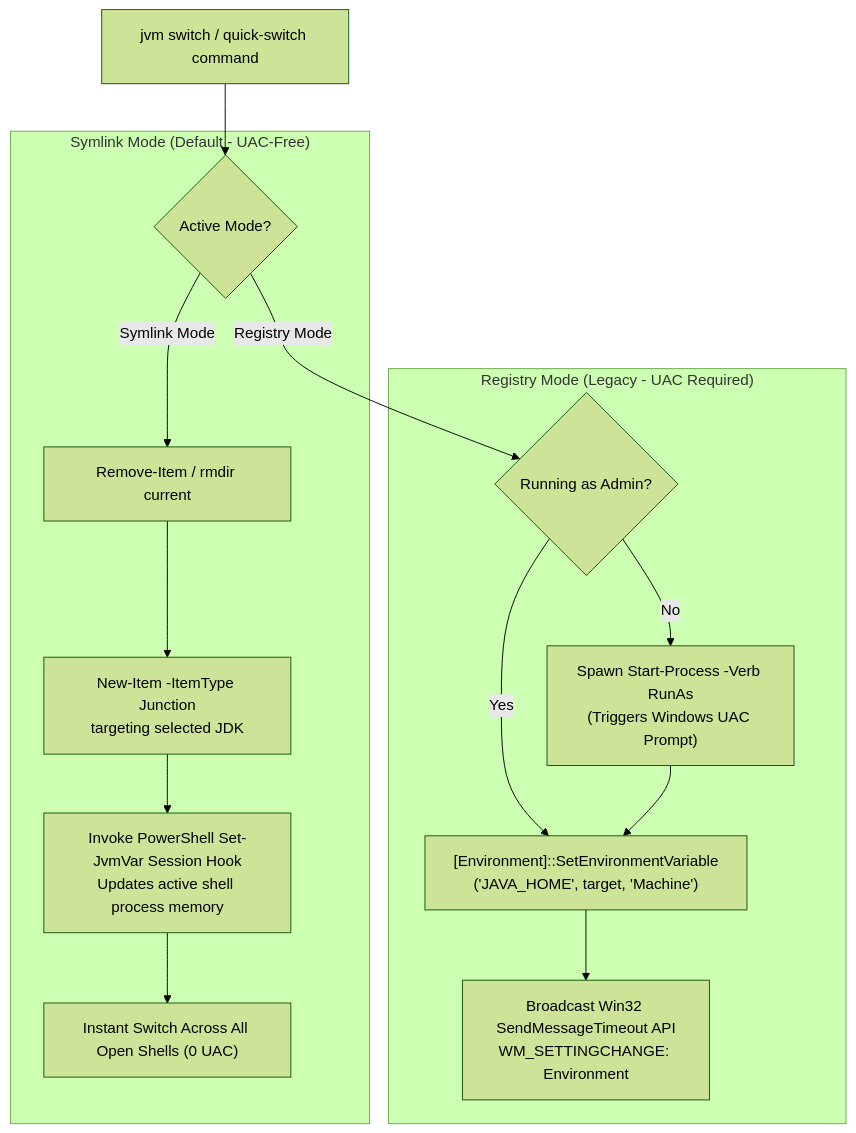
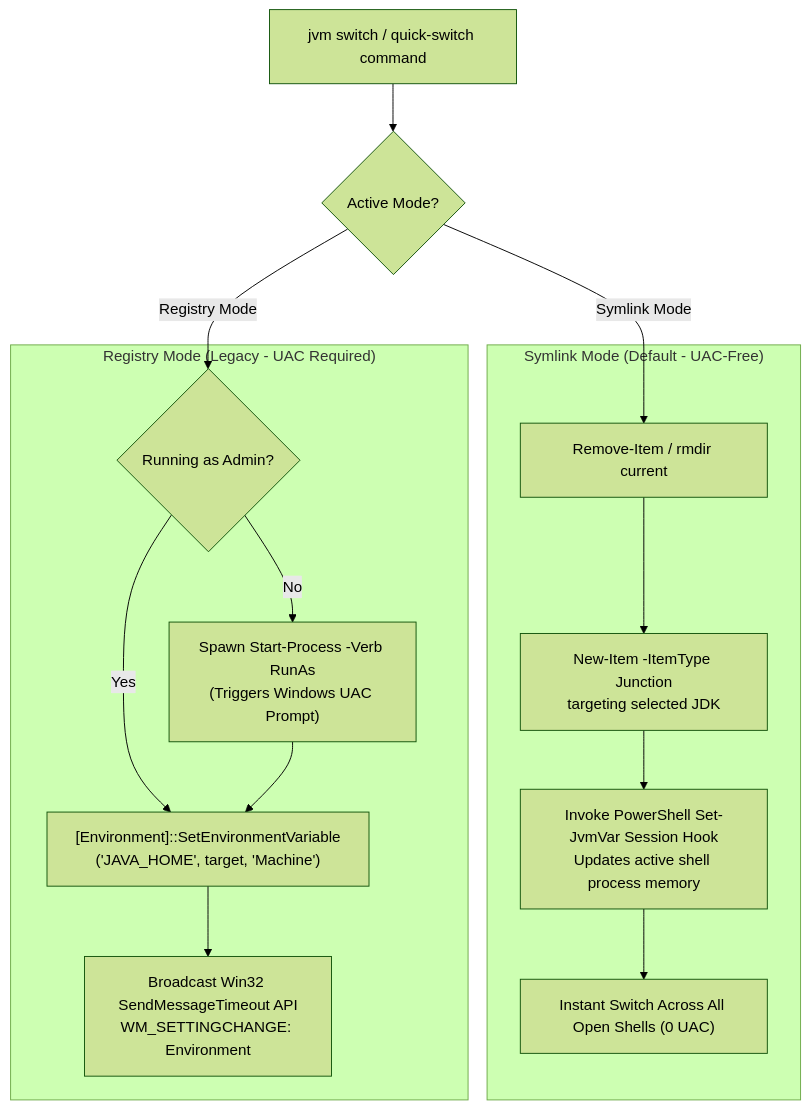
The second of 3 diagrams in docs/ARCHITECTURE.md (DiamTek/Java-Version-Manager-Windows), drawn with Mermaid (forest theme) before and after one commit. The commit also changed 2 other files, not shown here.

Commit message:
docs: fix architecture Mermaid clipping and bump build to 20260911.91
- Fix ModeCheck layout hierarchy in architecture flowchart to eliminate subgraph title overlap
- Enhance GitHub Pages with tab favicon, smooth scrolling, and 1-click code copying
- Bump JVM_BUILD to 20260911.91

````diff
--- a/docs/ARCHITECTURE.md
+++ b/docs/ARCHITECTURE.md
@@ -59,19 +59,21 @@
 ```mermaid
 flowchart TD
     Command["jvm switch / quick-switch command"] --> ModeCheck{"Active Mode?"}
     
+    ModeCheck -->|Symlink Mode| TearDown
+    ModeCheck -->|Registry Mode| CheckAdmin
+
     subgraph SymlinkMode["Symlink Mode (Default - UAC-Free)"]
-        ModeCheck -->|Symlink Mode| TearDown["Remove-Item / rmdir current"]
-        TearDown --> CreateJunction["New-Item -ItemType Junction<br/>targeting selected JDK"]
+        TearDown["Remove-Item / rmdir current"] --> CreateJunction["New-Item -ItemType Junction<br/>targeting selected JDK"]
         CreateJunction --> UpdateProfile["Invoke PowerShell Set-JvmVar Session Hook<br/>Updates active shell process memory"]
         UpdateProfile --> InstantSuccess["Instant Switch Across All Open Shells (0 UAC)"]
     end
     
     subgraph RegistryMode["Registry Mode (Legacy - UAC Required)"]
-        ModeCheck -->|Registry Mode| CheckAdmin{"Running as Admin?"}
+        CheckAdmin{"Running as Admin?"}
         CheckAdmin -->|Yes| WriteHKLM["[Environment]::SetEnvironmentVariable<br/>('JAVA_HOME', target, 'Machine')"]
         CheckAdmin -->|No| Elevate["Spawn Start-Process -Verb RunAs<br/>(Triggers Windows UAC Prompt)"]
         Elevate --> WriteHKLM
         WriteHKLM --> Broadcast["Broadcast Win32 SendMessageTimeout API<br/>WM_SETTINGCHANGE: Environment"]
     end
 ```
````
